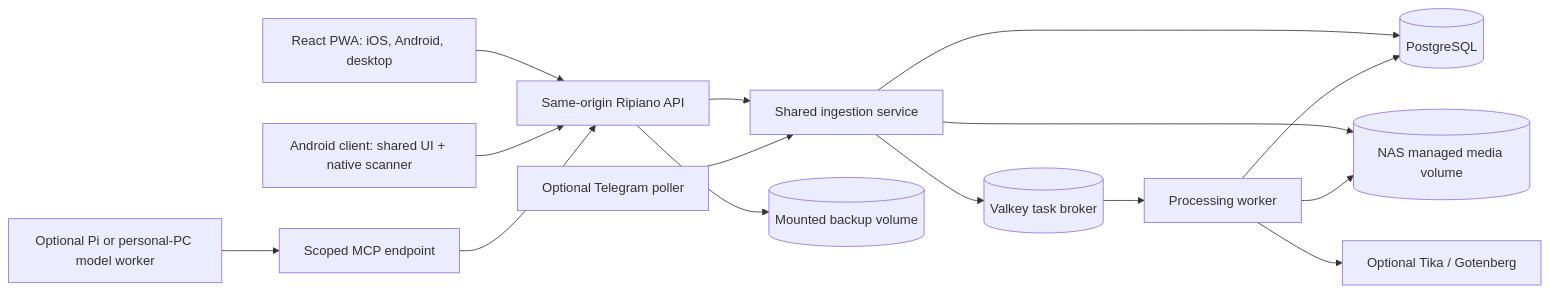
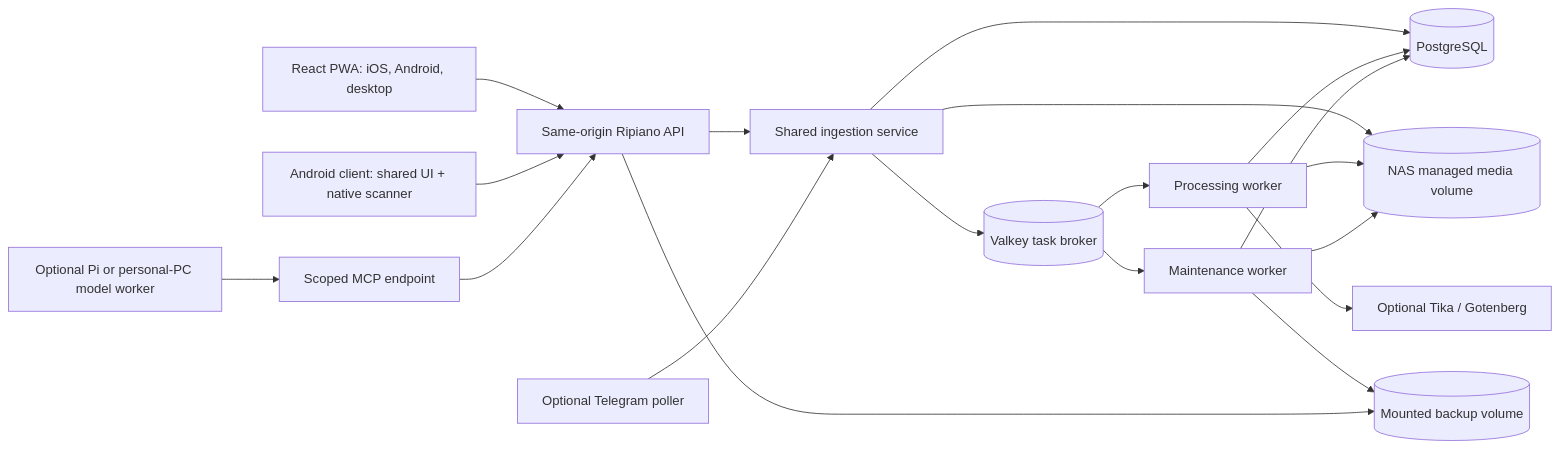
One commit to p4xx07/ripiano changed the diagram in docs/ARCHITECTURE.md. Above: the diagram before and after it, drawn with Mermaid. The commit also changed other lines of this file and 9 other files, not shown here.

````diff
--- a/docs/ARCHITECTURE.md
+++ b/docs/ARCHITECTURE.md
@@ -7,17 +7,21 @@
 ```mermaid
 flowchart LR
   PWA[React PWA: iOS, Android, desktop] --> API[Same-origin Ripiano API]
   AND[Android client: shared UI + native scanner] --> API
   API --> INGEST[Shared ingestion service]
   TG[Optional Telegram poller] --> INGEST
   INGEST --> PG[(PostgreSQL)]
   INGEST --> MEDIA[(NAS managed media volume)]
   INGEST --> BROKER[(Valkey task broker)]
   BROKER --> WORKER[Processing worker]
+  BROKER --> MAINT[Maintenance worker]
   WORKER --> MEDIA
   WORKER --> PG
   WORKER --> CONV[Optional Tika / Gotenberg]
+  MAINT --> PG
+  MAINT --> MEDIA
+  MAINT --> BACKUP[(Mounted backup volume)]
   LOCAL[Optional Pi or personal-PC model worker] --> MCP[Scoped MCP endpoint]
   MCP --> API
-  API --> BACKUP[(Mounted backup volume)]
+  API --> BACKUP
 ```
````
